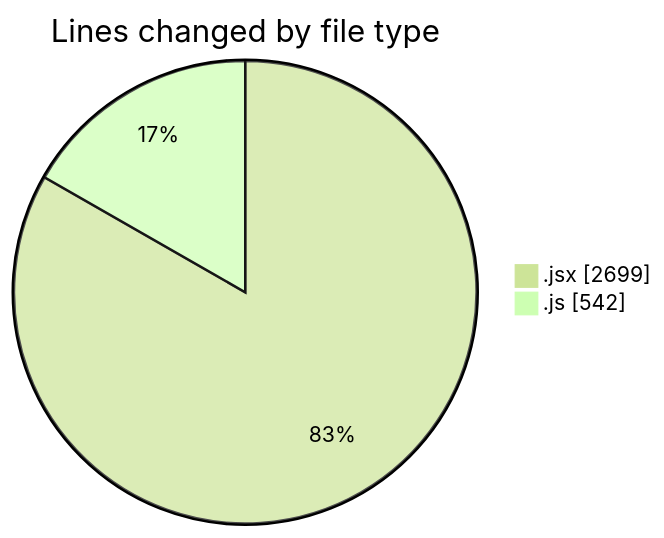
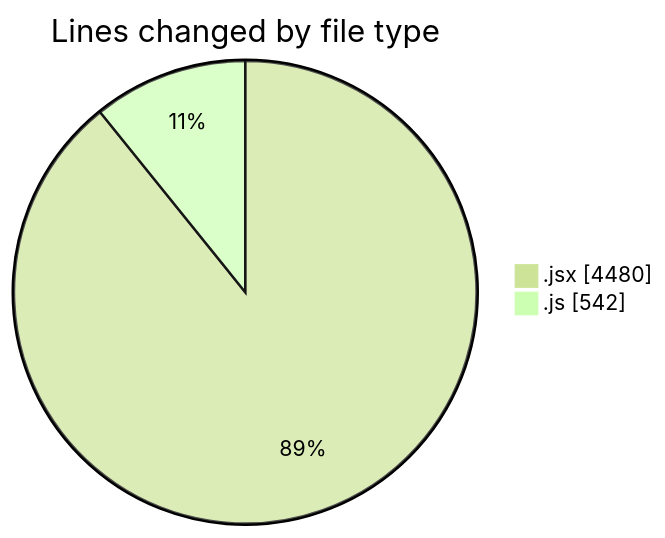
Before and after one commit to nxtqubesakshisongat/code-tracking: the first of 2 diagrams in 2026-01-07/nxtqube_webapp/README.md, drawn with Mermaid (forest theme). The commit also changed other lines of this file and 1 other file, not shown here.

````diff
--- a/2026-01-07/nxtqube_webapp/README.md
+++ b/2026-01-07/nxtqube_webapp/README.md
@@ -25,6 +25,6 @@
 ```mermaid
 pie showData
 title Lines changed by file type
-".jsx" : 2699
+".jsx" : 4480
 ".js" : 542
 ```
````
